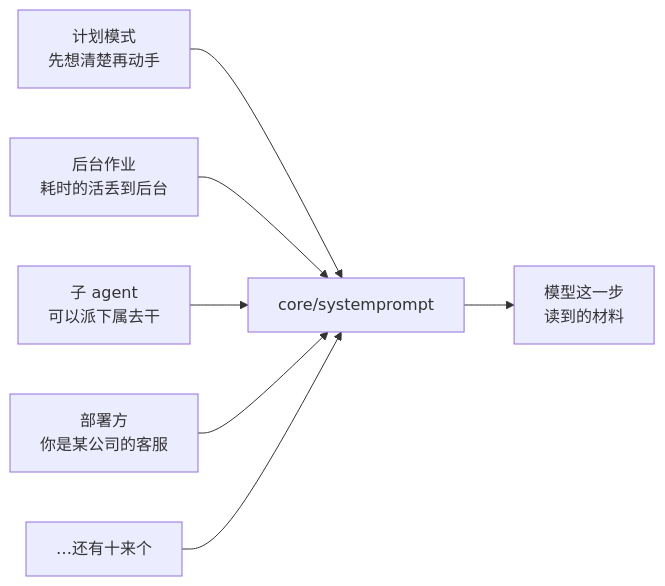
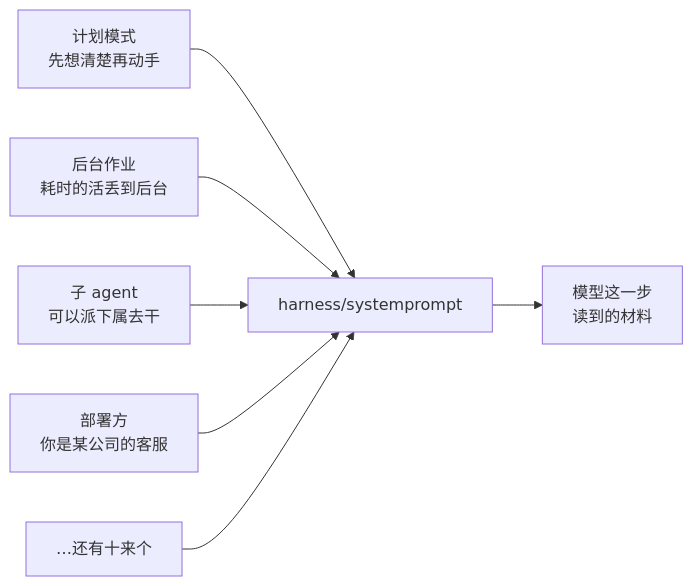
Before and after one commit to snight1983/ds-harness-go: the first of 20 diagrams in docs/modules/systemprompt.md, drawn with Mermaid. The commit also changed other lines of this file and 1281 other files, not shown here.

````diff
--- a/docs/modules/systemprompt.md
+++ b/docs/modules/systemprompt.md
@@ -17,9 +17,9 @@
 ```mermaid
 flowchart LR
     A["计划模式<br/>先想清楚再动手"] --> P
     B["后台作业<br/>耗时的活丢到后台"] --> P
     C["子 agent<br/>可以派下属去干"] --> P
     D["部署方<br/>你是某公司的客服"] --> P
     E["…还有十来个"] --> P
-    P["core/systemprompt"] --> M["模型这一步<br/>读到的材料"]
+    P["harness/systemprompt"] --> M["模型这一步<br/>读到的材料"]
 ```
````
